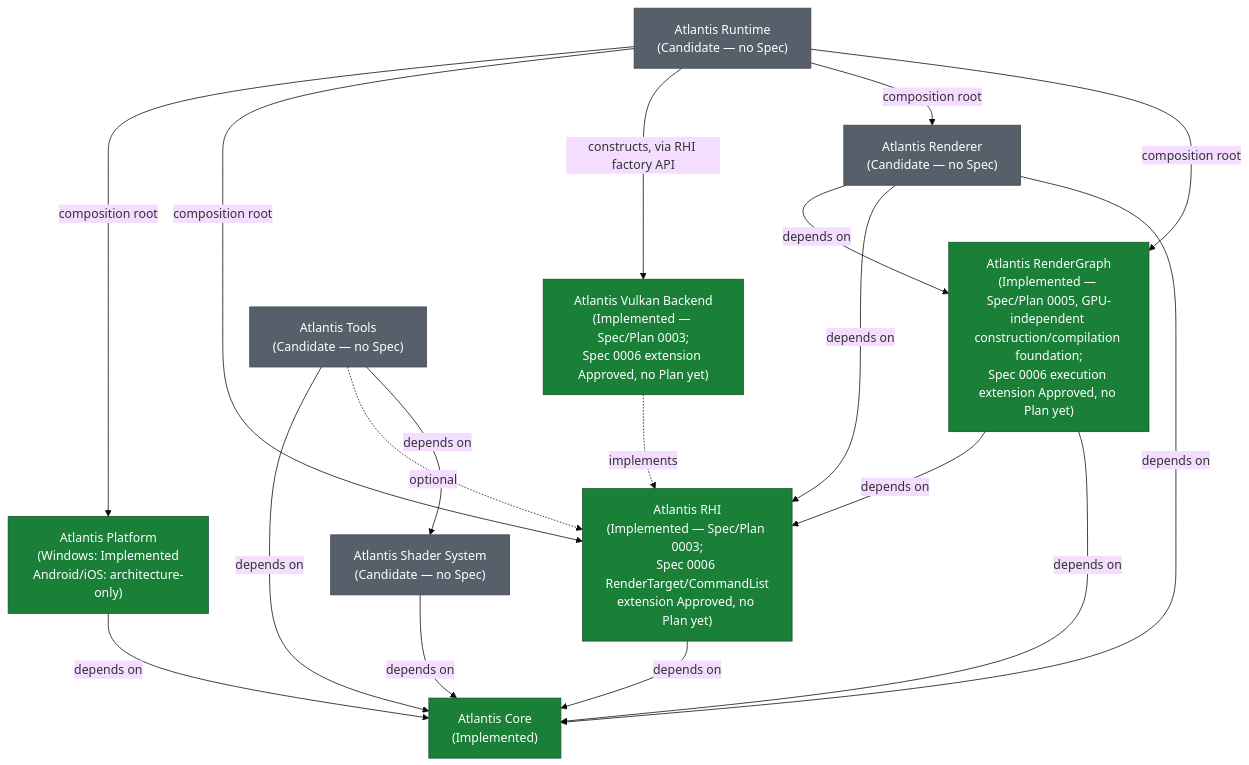
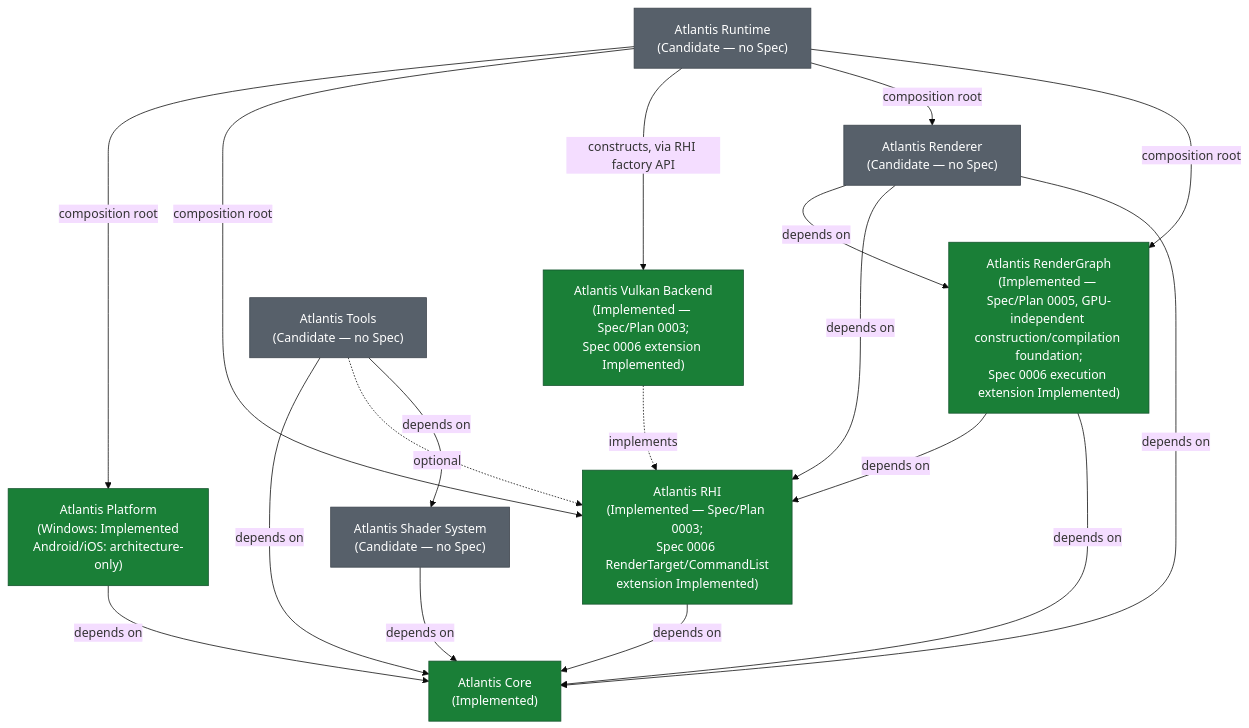
Before and after one commit to slmao/Atlantis: the diagram in docs/project-blueprint.md, drawn with Mermaid (base theme). The commit also changed other lines of this file and 4 other files, not shown here.

````diff
--- a/docs/project-blueprint.md
+++ b/docs/project-blueprint.md
@@ -89,47 +89,47 @@
 ```mermaid
 graph TD
     Core["Atlantis Core<br/>(Implemented)"]
 
     Platform["Atlantis Platform<br/>(Windows: Implemented<br/>Android/iOS: architecture-only)"]
-    RHI["Atlantis RHI<br/>(Implemented — Spec/Plan 0003;<br/>Spec 0006 RenderTarget/CommandList<br/>extension Approved, no Plan yet)"]
-    VulkanBackend["Atlantis Vulkan Backend<br/>(Implemented — Spec/Plan 0003;<br/>Spec 0006 extension Approved, no Plan yet)"]
-    RenderGraph["Atlantis RenderGraph<br/>(Implemented — Spec/Plan 0005, GPU-independent construction/compilation foundation;<br/>Spec 0006 execution extension Approved, no Plan yet)"]
+    RHI["Atlantis RHI<br/>(Implemented — Spec/Plan 0003;<br/>Spec 0006 RenderTarget/CommandList<br/>extension Implemented)"]
+    VulkanBackend["Atlantis Vulkan Backend<br/>(Implemented — Spec/Plan 0003;<br/>Spec 0006 extension Implemented)"]
+    RenderGraph["Atlantis RenderGraph<br/>(Implemented — Spec/Plan 0005, GPU-independent construction/compilation foundation;<br/>Spec 0006 execution extension Implemented)"]
     Renderer["Atlantis Renderer<br/>(Candidate — no Spec)"]
     ShaderSystem["Atlantis Shader System<br/>(Candidate — no Spec)"]
     Runtime["Atlantis Runtime<br/>(Candidate — no Spec)"]
     Tools["Atlantis Tools<br/>(Candidate — no Spec)"]
 
     Platform -->|depends on| Core
     RHI -->|depends on| Core
     RenderGraph -->|depends on| RHI
     RenderGraph -->|depends on| Core
     Renderer -->|depends on| RenderGraph
     Renderer -->|depends on| RHI
     Renderer -->|depends on| Core
     ShaderSystem -->|depends on| Core
     Tools -->|depends on| Core
     Tools -.->|optional| RHI
     Tools -->|depends on| ShaderSystem
 
     VulkanBackend -.->|implements| RHI
 
     Runtime -->|composition root| Platform
     Runtime -->|composition root| RHI
     Runtime -->|constructs, via RHI factory API| VulkanBackend
     Runtime -->|composition root| Renderer
     Runtime -->|composition root| RenderGraph
 
     classDef implemented fill:#1a7f37,color:#fff,stroke:#14532d
     classDef approved fill:#9a6700,color:#fff,stroke:#7c5300
     classDef candidate fill:#57606a,color:#fff,stroke:#3d444d
 
     class Core implemented
     class Platform implemented
     class RHI implemented
     class VulkanBackend implemented
     class RenderGraph implemented
     class Renderer candidate
     class ShaderSystem candidate
     class Runtime candidate
     class Tools candidate
 ```
````
